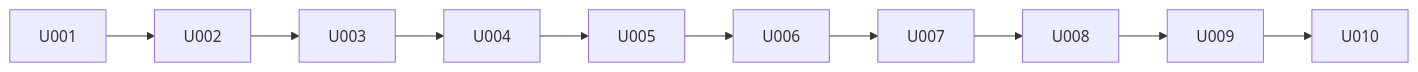
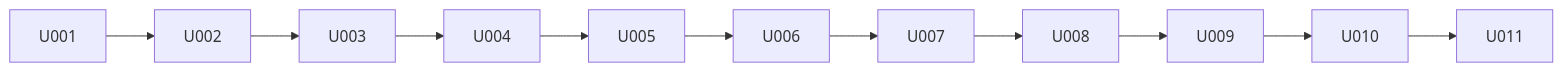
The diagram in docs/P005-impl-plan.md (kagyuu/DbFAQ), drawn with Mermaid before and after one commit. The commit also changed other lines of this file and 47 other files, not shown here.

````diff
--- a/docs/P005-impl-plan.md
+++ b/docs/P005-impl-plan.md
@@ -152,4 +165,4 @@
 ```mermaid
 flowchart LR
-  U001 --> U002 --> U003 --> U004 --> U005 --> U006 --> U007 --> U008 --> U009 --> U010
+  U001 --> U002 --> U003 --> U004 --> U005 --> U006 --> U007 --> U008 --> U009 --> U010 --> U011
 ```
````
